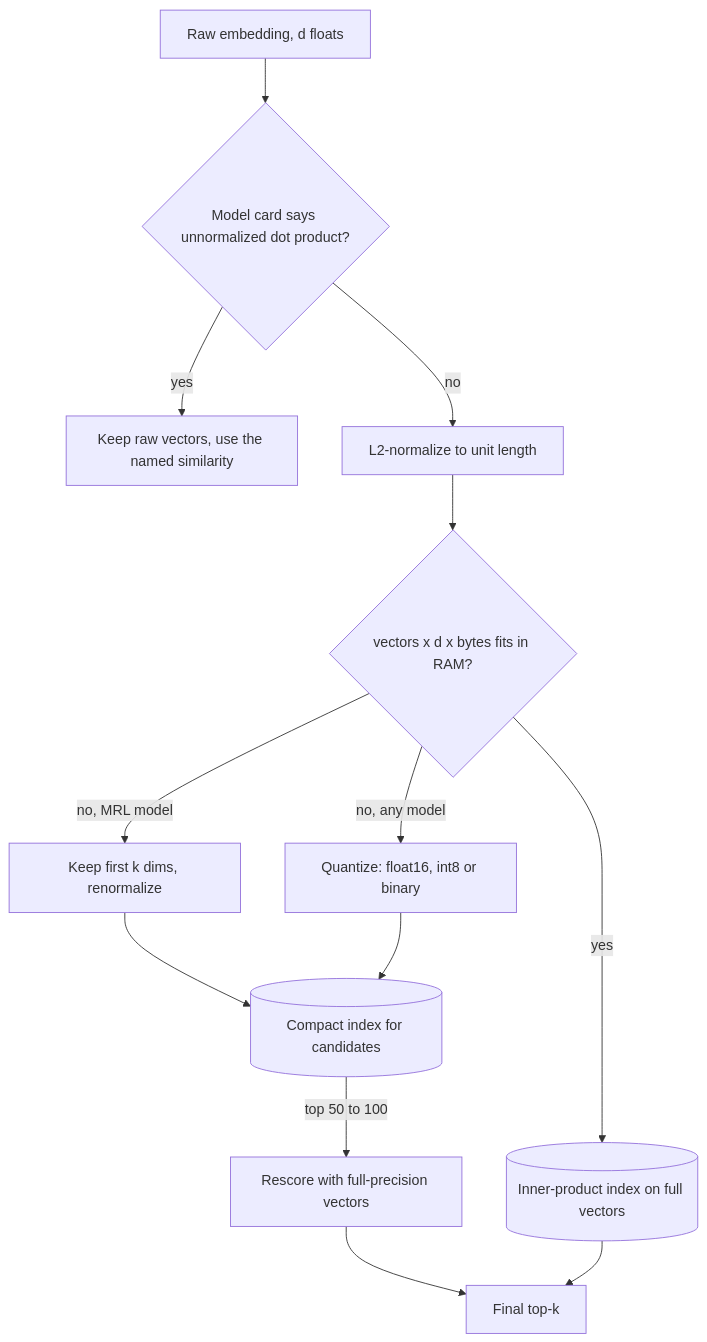
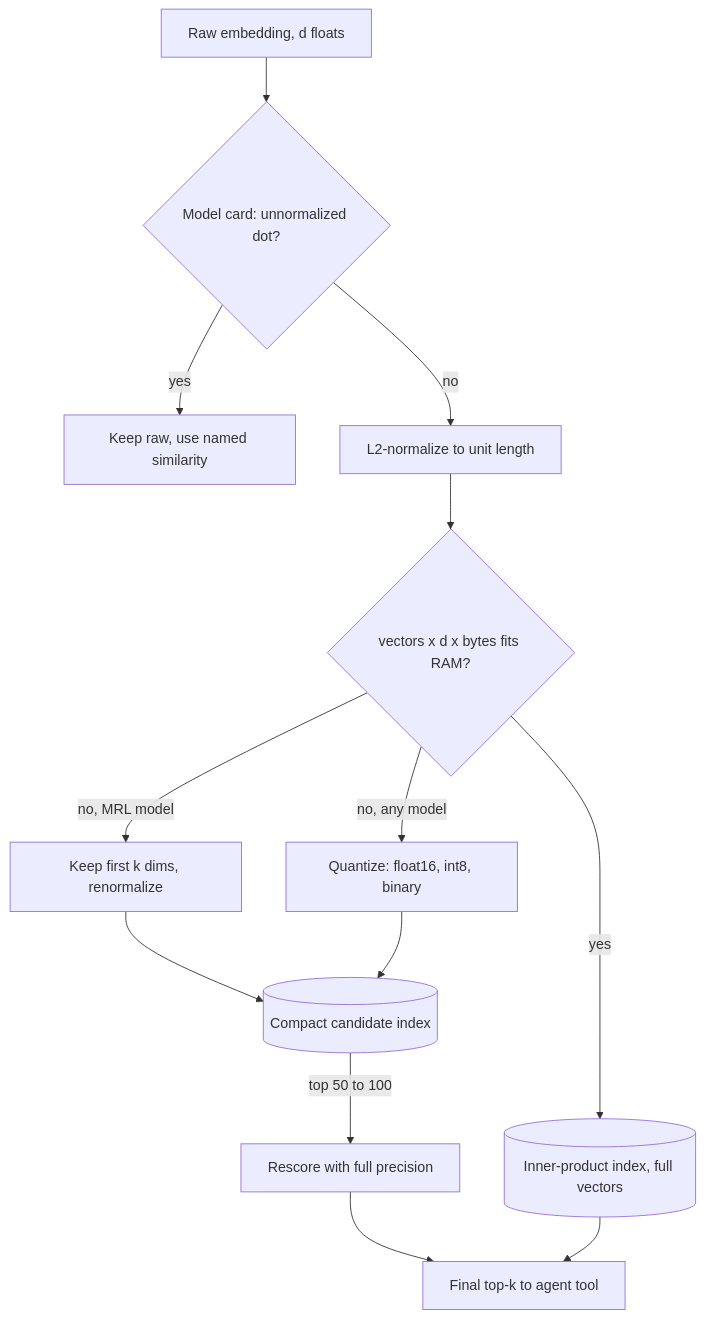
One commit to lovishmahajan97/agentic-learning changed the diagram in content/rag-retrieval/embedding-dimension-and-normalization.md. Above: the diagram before and after it, drawn with Mermaid. The commit also changed other lines of this file and 266 other files, not shown here.

````diff
--- a/content/rag-retrieval/embedding-dimension-and-normalization.md
+++ b/content/rag-retrieval/embedding-dimension-and-normalization.md
@@ -120,15 +135,15 @@
 ```mermaid
 flowchart TD
-    E["Raw embedding, d floats"] --> MC{"Model card says unnormalized dot product?"}
-    MC -->|"yes"| RAW["Keep raw vectors, use the named similarity"]
+    E["Raw embedding, d floats"] --> MC{"Model card: unnormalized dot?"}
+    MC -->|"yes"| RAW["Keep raw, use named similarity"]
     MC -->|"no"| N["L2-normalize to unit length"]
-    N --> FIT{"vectors x d x bytes fits in RAM?"}
-    FIT -->|"yes"| IP[("Inner-product index on full vectors")]
+    N --> FIT{"vectors x d x bytes fits RAM?"}
+    FIT -->|"yes"| IP[("Inner-product index, full vectors")]
     FIT -->|"no, MRL model"| T["Keep first k dims, renormalize"]
-    FIT -->|"no, any model"| QZ["Quantize: float16, int8 or binary"]
-    T --> C[("Compact index for candidates")]
+    FIT -->|"no, any model"| QZ["Quantize: float16, int8, binary"]
+    T --> C[("Compact candidate index")]
     QZ --> C
-    C -->|"top 50 to 100"| RS["Rescore with full-precision vectors"]
-    RS --> R["Final top-k"]
+    C -->|"top 50 to 100"| RS["Rescore with full precision"]
+    RS --> R["Final top-k to agent tool"]
     IP --> R
 ```
````
